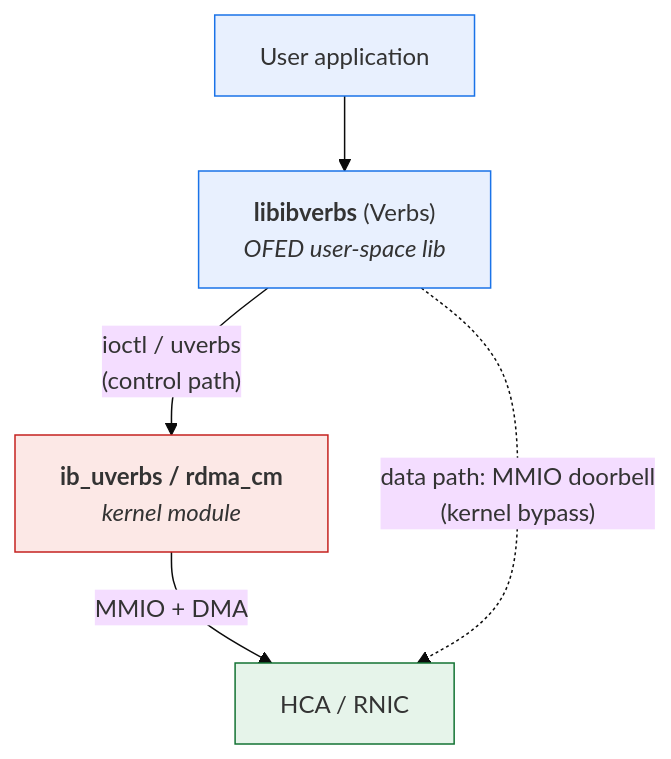
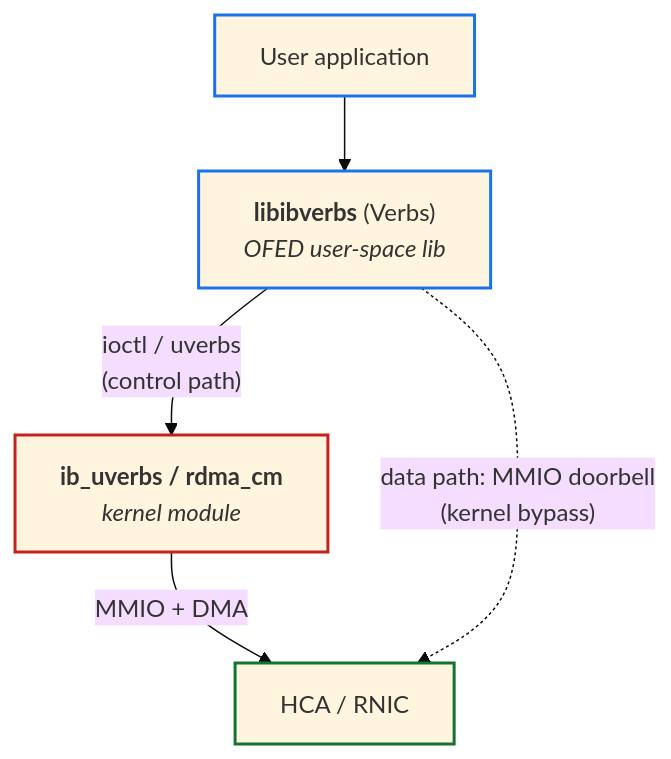
Before and after one commit to humbleowl39/DV_SKOOL: the seventh of 7 diagrams in topics/rdma/docs/01_rdma_motivation.md, drawn with Mermaid (base theme). The commit also changed other lines of this file, not shown here.

````diff
--- a/topics/rdma/docs/01_rdma_motivation.md
+++ b/topics/rdma/docs/01_rdma_motivation.md
@@ -338,19 +338,19 @@
 ```mermaid
 flowchart TB
     APP["User application"]
     LIB["<b>libibverbs</b> (Verbs)<br/><i>OFED user-space lib</i>"]
     KER["<b>ib_uverbs / rdma_cm</b><br/><i>kernel module</i>"]
     HW["HCA / RNIC"]
 
     APP --> LIB
     LIB -- "ioctl / uverbs<br/>(control path)" --> KER
     KER -- "MMIO + DMA" --> HW
     LIB -. "data path: MMIO doorbell<br/>(kernel bypass)" .-> HW
 
-    classDef user fill:#e8f0fe,stroke:#1a73e8
-    classDef kernel fill:#fce8e6,stroke:#c5221f
-    classDef hw fill:#e6f4ea,stroke:#137333
+    classDef user stroke:#1a73e8,stroke-width:2px
+    classDef kernel stroke:#c5221f,stroke-width:2px
+    classDef hw stroke:#137333,stroke-width:2px
     class APP,LIB user
     class KER kernel
     class HW hw
 ```
````
